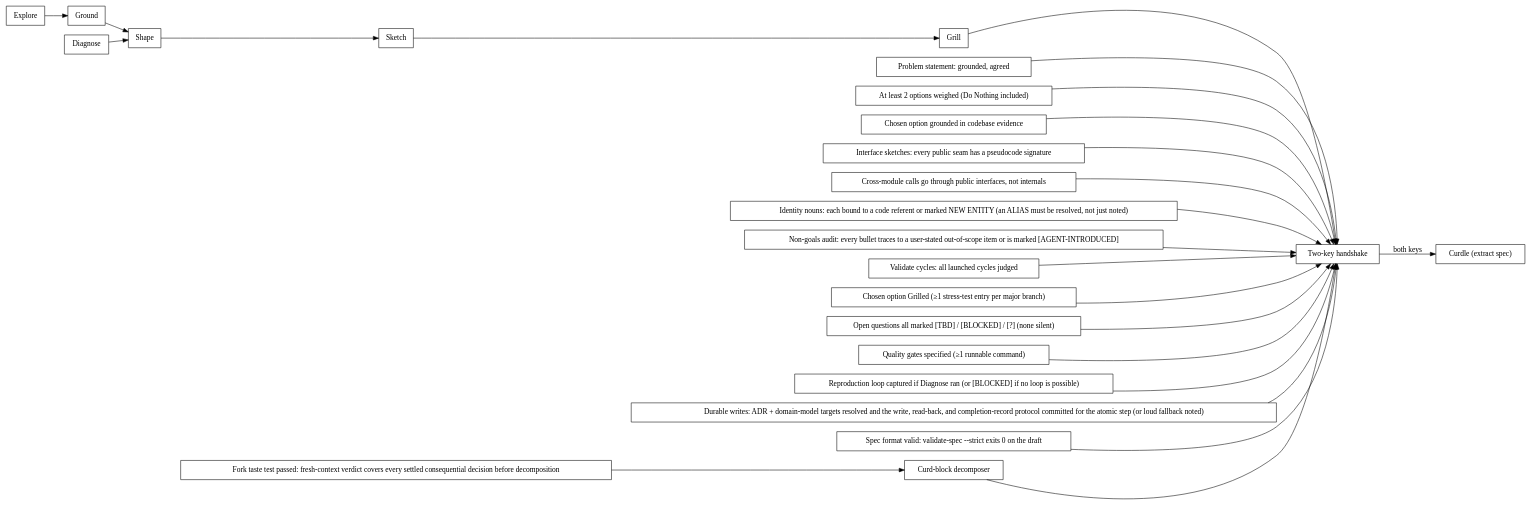
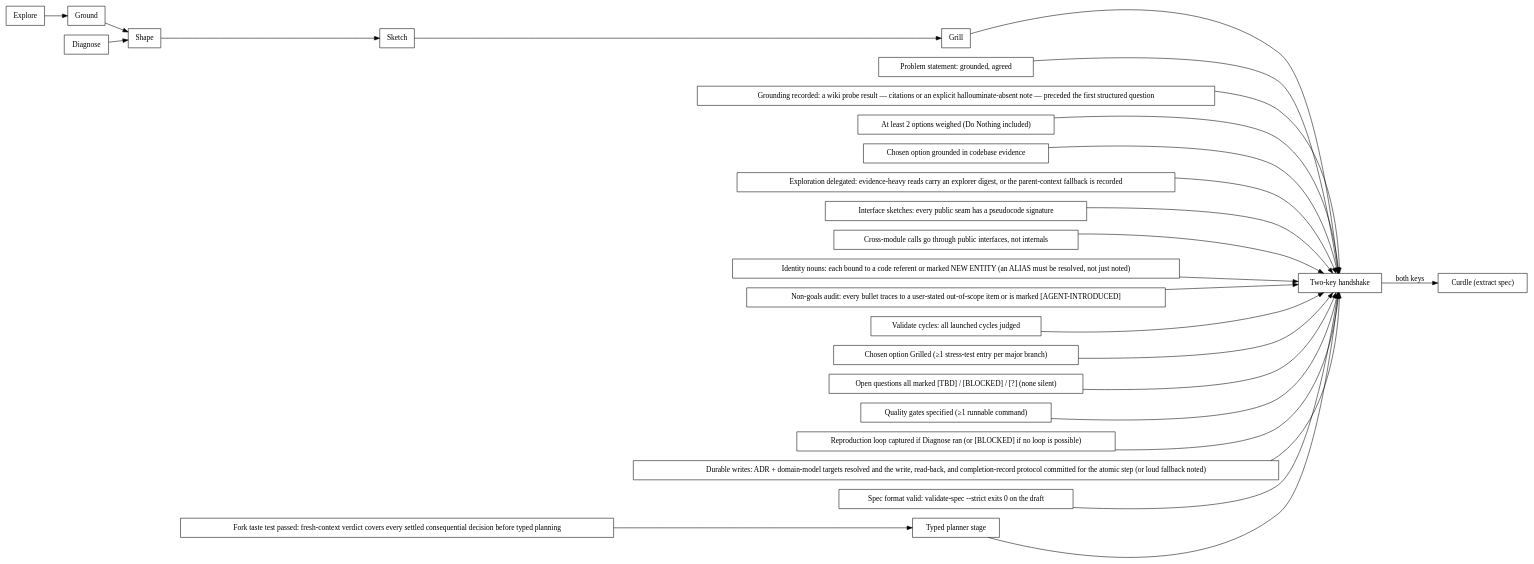
The diagram in skills/mold/scripts/mold.dot (paulnsorensen/easy-cheese), drawn with Graphviz before and after one commit. The commit also changed 288 other files, not shown here.

```diff
--- a/skills/mold/scripts/mold.dot
+++ b/skills/mold/scripts/mold.dot
@@ -1,51 +1,55 @@
 digraph mold_gates {
   rankdir=LR;
   node [shape=box];
   explore [label="Explore", kind="mode"];
   ground [label="Ground", kind="mode"];
   shape [label="Shape", kind="mode"];
   sketch [label="Sketch", kind="mode"];
   grill [label="Grill", kind="mode"];
   diagnose [label="Diagnose", kind="mode"];
   problem_statement [label="Problem statement: grounded, agreed", kind="gate"];
+  grounding_recorded [label="Grounding recorded: a wiki probe result — citations or an explicit hallouminate-absent note — preceded the first structured question", kind="gate"];
   at_least_2_options_weighed_do_nothing_included [label="At least 2 options weighed (Do Nothing included)", kind="gate"];
   chosen_option_grounded_in_codebase_evidence [label="Chosen option grounded in codebase evidence", kind="gate"];
+  exploration_delegated [label="Exploration delegated: evidence-heavy reads carry an explorer digest, or the parent-context fallback is recorded", kind="gate"];
   interface_sketches [label="Interface sketches: every public seam has a pseudocode signature", kind="gate"];
   cross_module_calls_go_through_public_interfaces_not_internals [label="Cross-module calls go through public interfaces, not internals", kind="gate"];
   identity_nouns [label="Identity nouns: each bound to a code referent or marked NEW ENTITY (an ALIAS must be resolved, not just noted)", kind="gate"];
   non_goals_audit [label="Non-goals audit: every bullet traces to a user-stated out-of-scope item or is marked [AGENT-INTRODUCED]", kind="gate"];
   validate_cycles [label="Validate cycles: all launched cycles judged", kind="gate"];
   chosen_option_grilled_1_stress_test_entry_per_major_branch [label="Chosen option Grilled (≥1 stress-test entry per major branch)", kind="gate"];
   open_questions_all_marked_tbd_blocked_none_silent [label="Open questions all marked [TBD] / [BLOCKED] / [?] (none silent)", kind="gate"];
   quality_gates_specified_1_runnable_command [label="Quality gates specified (≥1 runnable command)", kind="gate"];
   reproduction_loop_captured_if_diagnose_ran_or_blocked_if_no_loop_is_possible [label="Reproduction loop captured if Diagnose ran (or [BLOCKED] if no loop is possible)", kind="gate"];
   durable_writes [label="Durable writes: ADR + domain-model targets resolved and the write, read-back, and completion-record protocol committed for the atomic step (or loud fallback noted)", kind="gate"];
-  fork_taste_test_passed [label="Fork taste test passed: fresh-context verdict covers every settled consequential decision before decomposition", kind="gate"];
+  fork_taste_test_passed [label="Fork taste test passed: fresh-context verdict covers every settled consequential decision before typed planning", kind="gate"];
   spec_format_valid [label="Spec format valid: validate-spec --strict exits 0 on the draft", kind="gate"];
-  decomposer [label="Curd-block decomposer", kind="decomposer"];
+  typed_planner_stage [label="Typed planner stage", kind="planner"];
   handshake [label="Two-key handshake", kind="handshake"];
   curdle [label="Curdle (extract spec)", kind="terminal"];
   explore -> ground;
   ground -> shape;
   shape -> sketch;
   sketch -> grill;
   diagnose -> shape;
   problem_statement -> handshake;
+  grounding_recorded -> handshake;
   at_least_2_options_weighed_do_nothing_included -> handshake;
   chosen_option_grounded_in_codebase_evidence -> handshake;
+  exploration_delegated -> handshake;
   interface_sketches -> handshake;
   cross_module_calls_go_through_public_interfaces_not_internals -> handshake;
   identity_nouns -> handshake;
   non_goals_audit -> handshake;
   validate_cycles -> handshake;
   chosen_option_grilled_1_stress_test_entry_per_major_branch -> handshake;
   open_questions_all_marked_tbd_blocked_none_silent -> handshake;
   quality_gates_specified_1_runnable_command -> handshake;
   reproduction_loop_captured_if_diagnose_ran_or_blocked_if_no_loop_is_possible -> handshake;
   durable_writes -> handshake;
-  fork_taste_test_passed -> decomposer;
+  fork_taste_test_passed -> typed_planner_stage;
   spec_format_valid -> handshake;
-  decomposer -> handshake;
+  typed_planner_stage -> handshake;
   grill -> handshake;
   handshake -> curdle [label="both keys"];
 }
```
